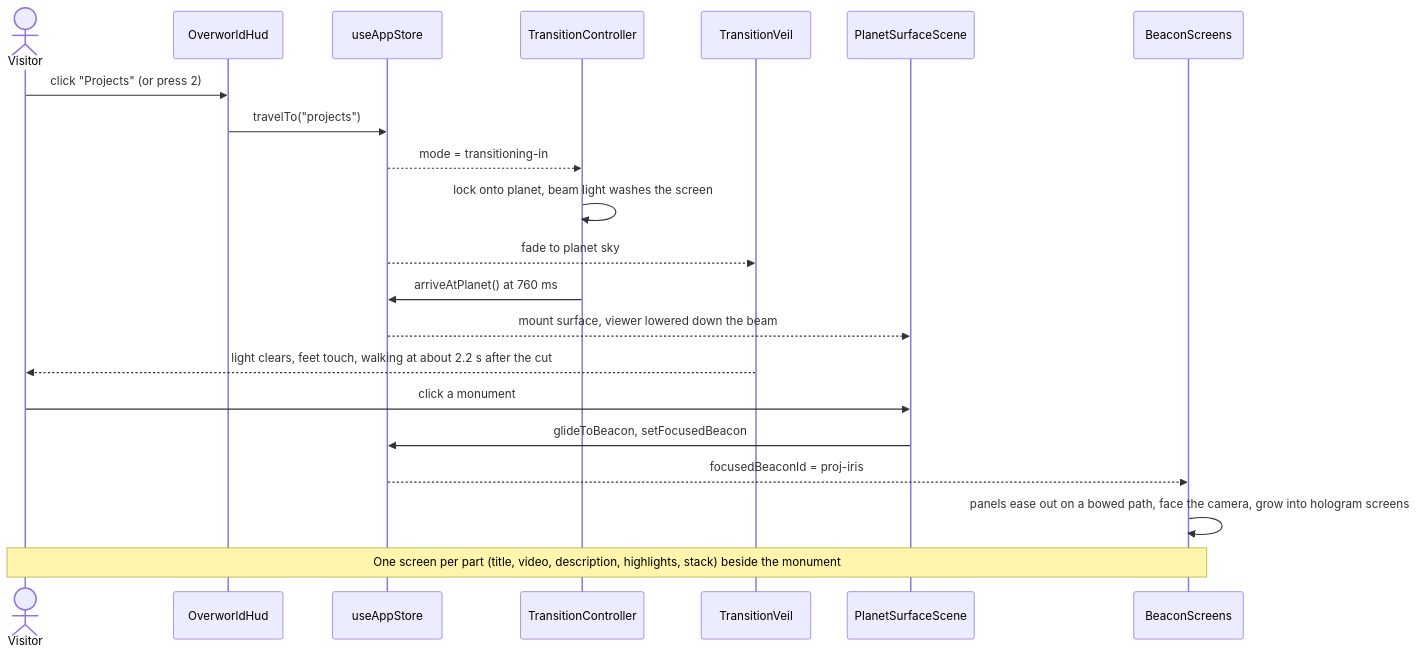
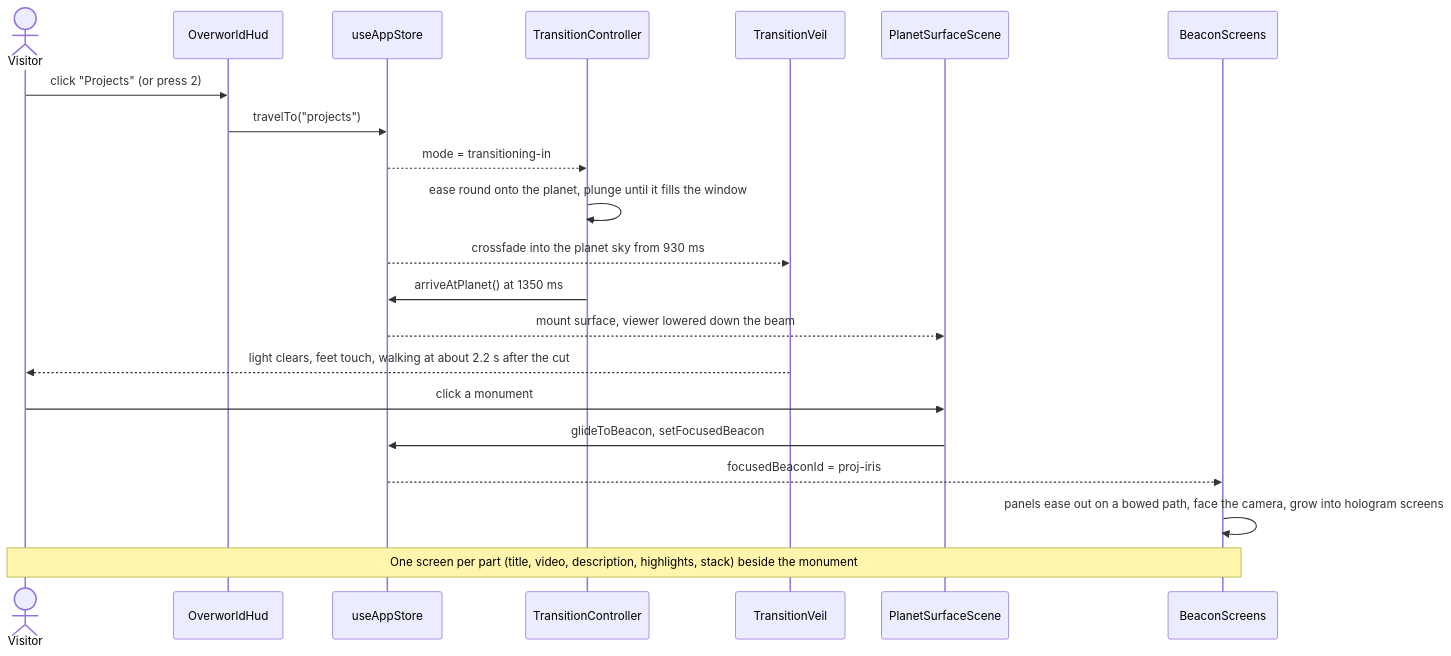
Before and after one commit to teddycitrus/portfolio: the second of 2 diagrams in README.md, drawn with Mermaid. The commit also changed other lines of this file and 11 other files, not shown here.

Commit message:
added plunge dive, ground-safe screens, reader music fade, refined figure

````diff
--- a/README.md
+++ b/README.md
@@ -76,23 +76,23 @@
 ```mermaid
 sequenceDiagram
   actor V as Visitor
   participant H as OverworldHud
   participant S as useAppStore
   participant T as TransitionController
   participant W as TransitionVeil
   participant P as PlanetSurfaceScene
   participant B as BeaconScreens
   V->>H: click "Projects" (or press 2)
   H->>S: travelTo("projects")
   S-->>T: mode = transitioning-in
-  T->>T: lock onto planet, beam light washes the screen
-  S-->>W: fade to planet sky
-  T->>S: arriveAtPlanet() at 760 ms
+  T->>T: ease round onto the planet, plunge until it fills the window
+  S-->>W: crossfade into the planet sky from 930 ms
+  T->>S: arriveAtPlanet() at 1350 ms
   S-->>P: mount surface, viewer lowered down the beam
   W-->>V: light clears, feet touch, walking at about 2.2 s after the cut
   V->>P: click a monument
   P->>S: glideToBeacon, setFocusedBeacon
   S-->>B: focusedBeaconId = proj-iris
   B->>B: panels ease out on a bowed path, face the camera, grow into hologram screens
   Note over V,B: One screen per part (title, video, description, highlights, stack) beside the monument
 ```
````
